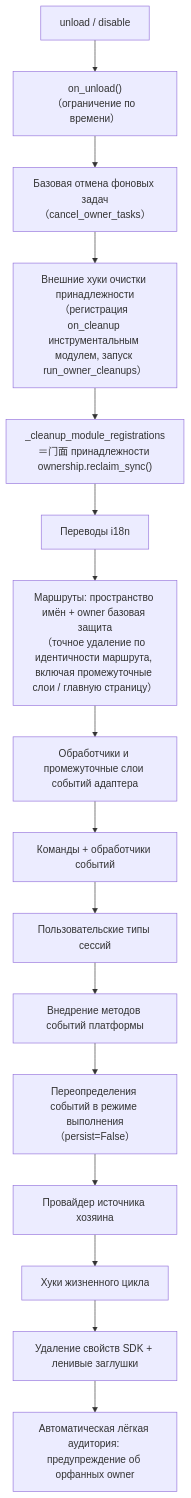
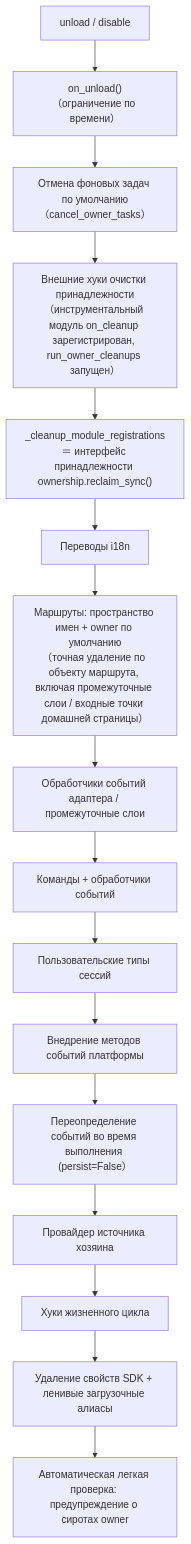
The diagram in docs/ru/advanced/ownership.md (ErisPulse/ErisPulse), drawn with Mermaid before and after one commit. The commit also changed other lines of this file and 105 other files, not shown here.

````diff
--- a/docs/ru/advanced/ownership.md
+++ b/docs/ru/advanced/ownership.md
@@ -83,18 +83,18 @@
 ```mermaid
 flowchart TD
     A["unload / disable"] --> B["on_unload()（ограничение по времени）"]
-    B --> C["Базовая отмена фоновых задач（cancel_owner_tasks）"]
-    C --> C1["Внешние хуки очистки принадлежности<br/>（регистрация on_cleanup инструментальным модулем, запуск run_owner_cleanups）"]
-    C1 --> D["_cleanup_module_registrations<br/>＝门面 принадлежности ownership.reclaim_sync()"]
+    B --> C["Отмена фоновых задач по умолчанию（cancel_owner_tasks）"]
+    C --> C1["Внешние хуки очистки принадлежности<br/>（инструментальный модуль on_cleanup зарегистрирован, run_owner_cleanups запущен）"]
+    C1 --> D["_cleanup_module_registrations<br/>＝ интерфейс принадлежности ownership.reclaim_sync()"]
     D --> D1["Переводы i18n"]
-    D1 --> D2["Маршруты: пространство имён + owner базовая защита<br/>（точное удаление по идентичности маршрута, включая промежуточные слои / главную страницу）"]
-    D2 --> D3["Обработчики и промежуточные слои событий адаптера"]
+    D1 --> D2["Маршруты: пространство имен + owner по умолчанию<br/>（точная удаление по объекту маршрута, <br/>включая промежуточные слои / входные точки домашней страницы）"]
+    D2 --> D3["Обработчики событий адаптера / промежуточные слои"]
     D3 --> D4["Команды + обработчики событий"]
     D4 --> D5["Пользовательские типы сессий"]
     D5 --> D5b["Внедрение методов событий платформы"]
-    D5b --> D6["Переопределения событий в режиме выполнения（persist=False）"]
+    D5b --> D6["Переопределение событий во время выполнения (persist=False）"]
     D6 --> D7["Провайдер источника хозяина"]
     D7 --> D8["Хуки жизненного цикла"]
-    D8 --> E["Удаление свойств SDK + ленивые заглушки"]
-    E --> F["Автоматическая лёгкая аудитория: предупреждение об орфанных owner"]
+    D8 --> E["Удаление свойств SDK + ленивые загрузочные алиасы"]
+    E --> F["Автоматическая легкая проверка: предупреждение о сиротах owner"]
 ```
````
